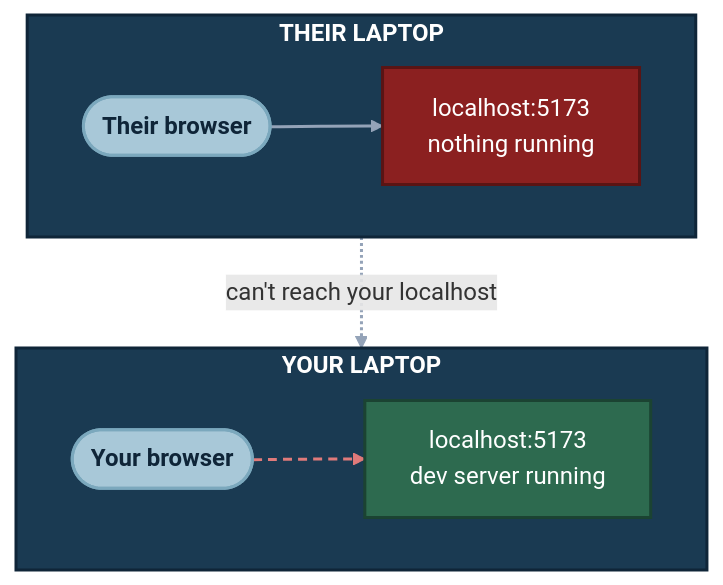
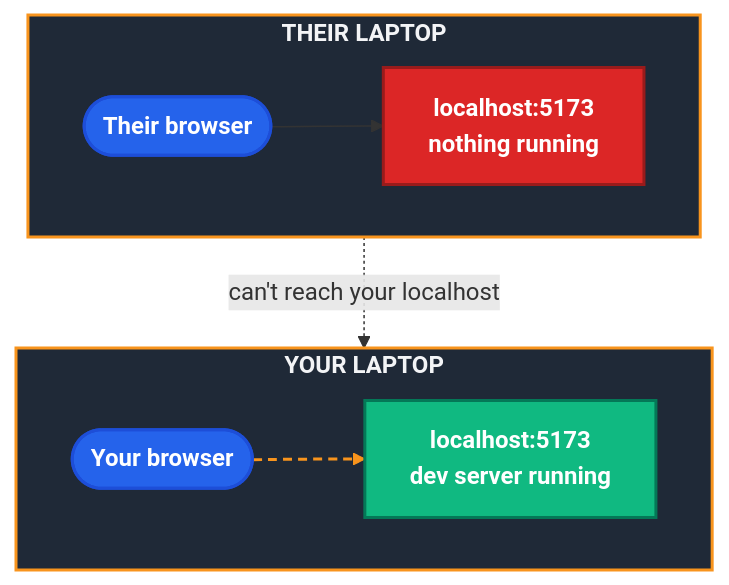
One commit to PuttTim/orbital-26-deployment-workshop changed the first of 9 diagrams in slides/pages/part-1.md. Above: the diagram before and after it, drawn with Mermaid. The commit also changed other lines of this file and 1 other file, not shown here.

````diff
--- a/slides/pages/part-1.md
+++ b/slides/pages/part-1.md
@@ -45,28 +45,28 @@
 ```mermaid {scale: 0.78}
 flowchart TB
     subgraph THEM["<b>THEIR LAPTOP</b>"]
         direction LR
         TB(["Their browser"]) --> TL["localhost:5173<br/>nothing running"]
     end
 
     subgraph YOU["<b>YOUR LAPTOP</b>"]
         direction LR
         YB(["Your browser"]) --> YL["localhost:5173<br/>dev server running"]
     end
 
     TB -. "can't reach your localhost" .-> YL
 
-    classDef machine fill:#1a3a52,color:#fff,stroke:#0f2538,stroke-width:2px
-    classDef browser fill:#a8c8d8,color:#0f2538,stroke:#7ba8bd,stroke-width:2px,font-weight:bold
-    classDef good fill:#2d6a4f,color:#fff,stroke:#1b4332,stroke-width:2px
-    classDef bad fill:#8b2020,color:#fff,stroke:#5a1414,stroke-width:2px
+    classDef machine fill:#1f2937,color:#f3f4f6,stroke:#f8941d,stroke-width:2px
+    classDef browser fill:#2563eb,color:#ffffff,stroke:#1d4ed8,stroke-width:2px,font-weight:bold
+    classDef good fill:#10b981,color:#ffffff,stroke:#047857,stroke-width:2px,font-weight:bold
+    classDef bad fill:#dc2626,color:#ffffff,stroke:#991b1b,stroke-width:2px,font-weight:bold
 
-    class YOU,THEM machine
+    style YOU fill:#1f2937,stroke:#f8941d,stroke-width:2px,color:#f3f4f6
+    style THEM fill:#1f2937,stroke:#f8941d,stroke-width:2px,color:#f3f4f6
+
     class YB,TB browser
     class YL good
     class TL bad
 
-    linkStyle 0 stroke:#94a3b8,stroke-width:2px
-    linkStyle 1 stroke:#e07a7a,stroke-width:2px,stroke-dasharray:6 4
-    linkStyle 2 stroke:#94a3b8,stroke-width:2px
+    linkStyle 1 stroke:#f8941d,stroke-width:2px,stroke-dasharray:6 4
 ```
````
